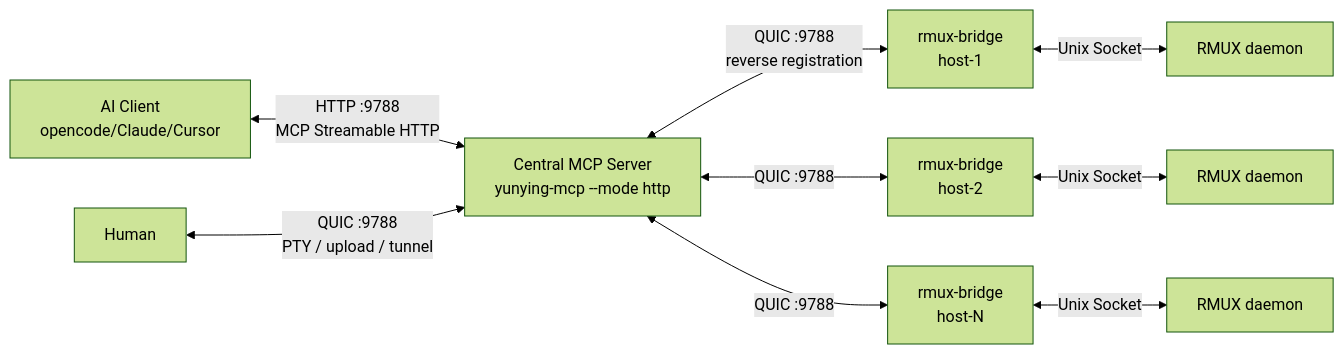
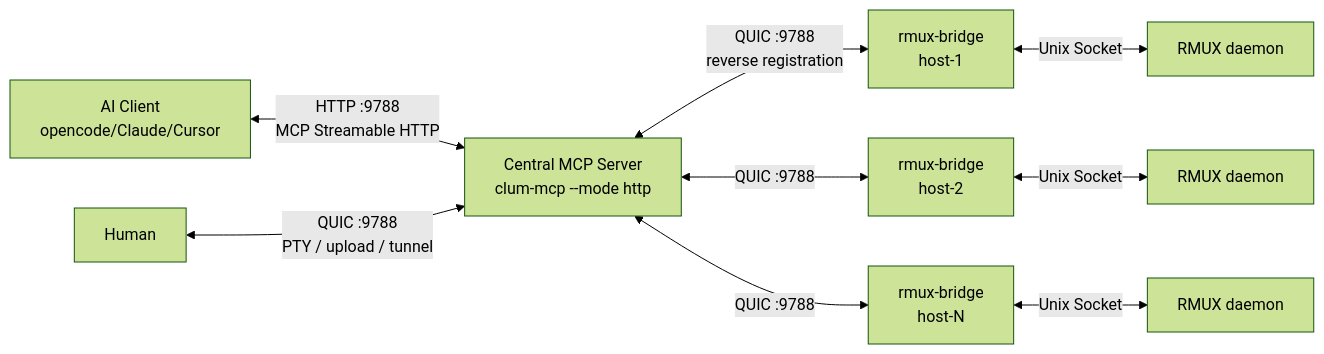
The diagram in README.md (tddh/clum), drawn with Mermaid (forest theme) before and after one commit. The commit also changed other lines of this file and 11 other files, not shown here.

Commit message:
rename: all documentation, skills and LICENSE (yunying → clum)

````diff
--- a/README.md
+++ b/README.md
@@ -62,11 +62,11 @@
 ```mermaid
 graph LR
-    A[AI Client<br/>opencode/Claude/Cursor] <-->|HTTP :9788<br/>MCP Streamable HTTP| S[Central MCP Server<br/>yunying-mcp --mode http]
+    A[AI Client<br/>opencode/Claude/Cursor] <-->|HTTP :9788<br/>MCP Streamable HTTP| S[Central MCP Server<br/>clum-mcp --mode http]
     H[Human] <-->|QUIC :9788<br/>PTY / upload / tunnel| S
     S <-->|QUIC :9788<br/>reverse registration| C1[rmux-bridge<br/>host-1]
     S <-->|QUIC :9788| C2[rmux-bridge<br/>host-2]
     S <-->|QUIC :9788| C3[rmux-bridge<br/>host-N]
     C1 <-->|Unix Socket| D1[RMUX daemon]
     C2 <-->|Unix Socket| D2[RMUX daemon]
     C3 <-->|Unix Socket| D3[RMUX daemon]
 ```
````
